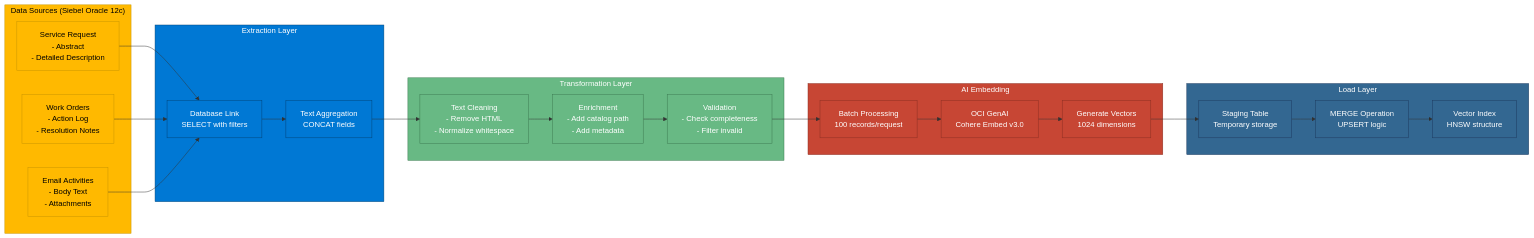
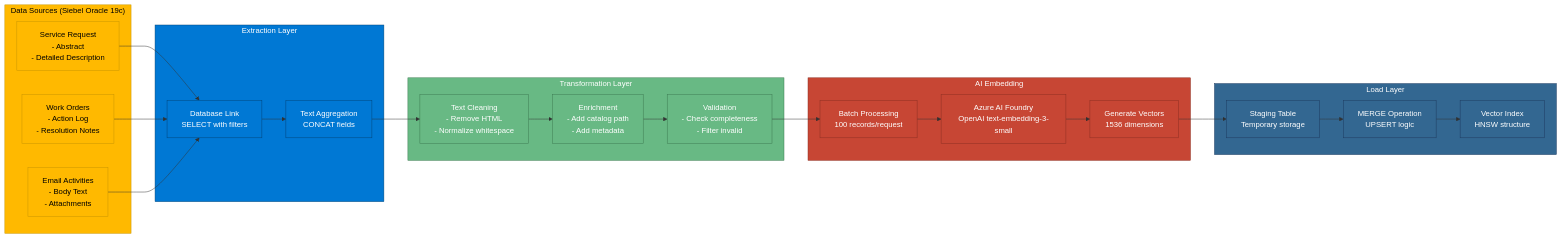
Before and after one commit to psreek-ai/SiebelCRMSemanticSearch: the seventh of 17 diagrams in docs/ARCHITECTURE_DIAGRAMS.md, drawn with Mermaid. The commit also changed other lines of this file and 13 other files, not shown here.

````diff
--- a/docs/ARCHITECTURE_DIAGRAMS.md
+++ b/docs/ARCHITECTURE_DIAGRAMS.md
@@ -394,60 +411,60 @@
 ```mermaid
 graph LR
-    subgraph Source["Data Sources (Siebel Oracle 12c)"]
+    subgraph Source["Data Sources (Siebel Oracle 19c)"]
         SR[Service Request<br/>- Abstract<br/>- Detailed Description]
         WO[Work Orders<br/>- Action Log<br/>- Resolution Notes]
         EMAIL[Email Activities<br/>- Body Text<br/>- Attachments]
     end
     
     subgraph Extract["Extraction Layer"]
         DBLINK[Database Link<br/>SELECT with filters]
         AGG[Text Aggregation<br/>CONCAT fields]
     end
     
     subgraph Transform["Transformation Layer"]
         CLEAN[Text Cleaning<br/>- Remove HTML<br/>- Normalize whitespace]
         ENRICH[Enrichment<br/>- Add catalog path<br/>- Add metadata]
         VALIDATE[Validation<br/>- Check completeness<br/>- Filter invalid]
     end
     
     subgraph AI["AI Embedding"]
         BATCH[Batch Processing<br/>100 records/request]
-        EMBED[OCI GenAI<br/>Cohere Embed v3.0]
-        VECTOR[Generate Vectors<br/>1024 dimensions]
+        EMBED[Azure AI Foundry<br/>OpenAI text-embedding-3-small]
+        VECTOR[Generate Vectors<br/>1536 dimensions]
     end
     
     subgraph Load["Load Layer"]
         STAGE[Staging Table<br/>Temporary storage]
         MERGE[MERGE Operation<br/>UPSERT logic]
         INDEX[Vector Index<br/>HNSW structure]
     end
     
     SR --> DBLINK
     WO --> DBLINK
     EMAIL --> DBLINK
     
     DBLINK --> AGG
     AGG --> CLEAN
     CLEAN --> ENRICH
     ENRICH --> VALIDATE
     
     VALIDATE --> BATCH
     BATCH --> EMBED
     EMBED --> VECTOR
     
     VECTOR --> STAGE
     STAGE --> MERGE
     MERGE --> INDEX
     
     classDef source fill:#FFB900,stroke:#C79400,color:#000
     classDef extract fill:#0078D4,stroke:#004578,color:#fff
     classDef transform fill:#68B984,stroke:#3D7A52,color:#fff
     classDef ai fill:#C74634,stroke:#8B2F23,color:#fff
     classDef load fill:#336791,stroke:#1E3A5F,color:#fff
     
     class Source,SR,WO,EMAIL source
     class Extract,DBLINK,AGG extract
     class Transform,CLEAN,ENRICH,VALIDATE transform
     class AI,BATCH,EMBED,VECTOR ai
     class Load,STAGE,MERGE,INDEX load
 ```
````
